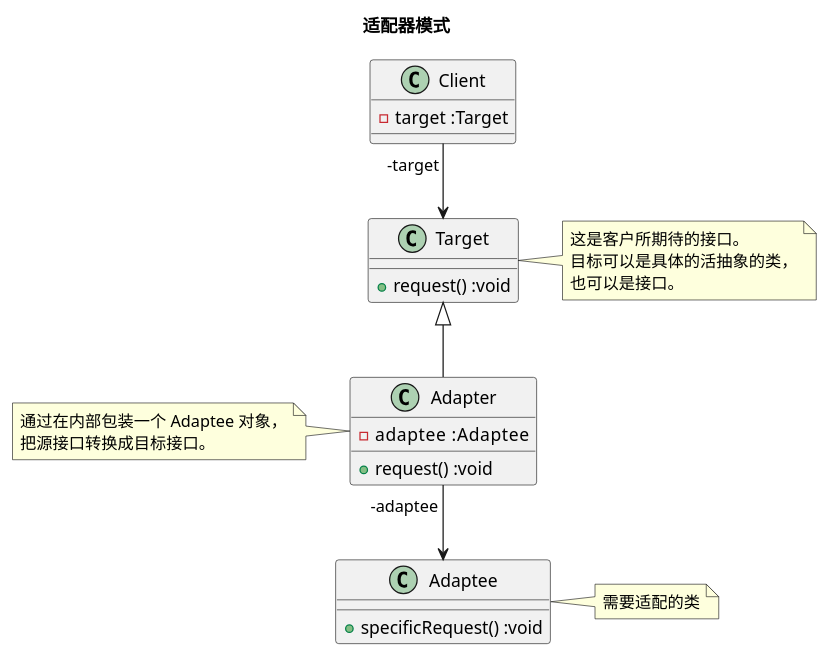
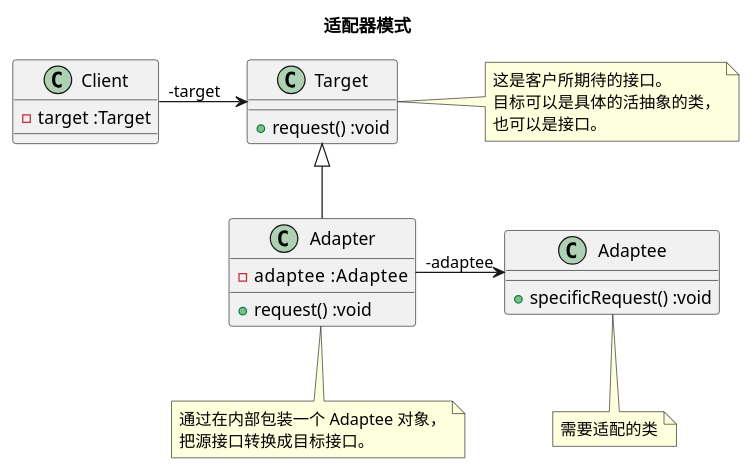
Before and after one commit to diguage/deep-in-design-patterns: the diagram in puml/adapter.puml, drawn with PlantUML. The commit also changed 9 other files, not shown here.

```diff
--- a/puml/adapter.puml
+++ b/puml/adapter.puml
@@ -1,33 +1,34 @@
 @startuml
+skinparam nodesep 70
 
 title <b>适配器模式</b>
 
 class Client {
   - target :Target
 }
 
 class Target {
   + request() :void
 }
 note right: 这是客户所期待的接口。\n目标可以是具体的活抽象的类，\n也可以是接口。
 
 class Adapter {
   - adaptee   :Adaptee
   + request() :void
 }
-note left: 通过在内部包装一个 Adaptee 对象，\n把源接口转换成目标接口。
+note bottom: 通过在内部包装一个 Adaptee 对象，\n把源接口转换成目标接口。
 
 class Adaptee {
   + specificRequest() :void
 }
-note right: 需要适配的类
+note bottom: 需要适配的类
 
 Target <|-- Adapter
 
-Adapter "-adaptee" --> Adaptee
+Adapter "-adaptee" -right-> Adaptee
 
-Client "-target" --> Target
+Client "-target" -right-> Target
 
 
 
 @enduml
```
